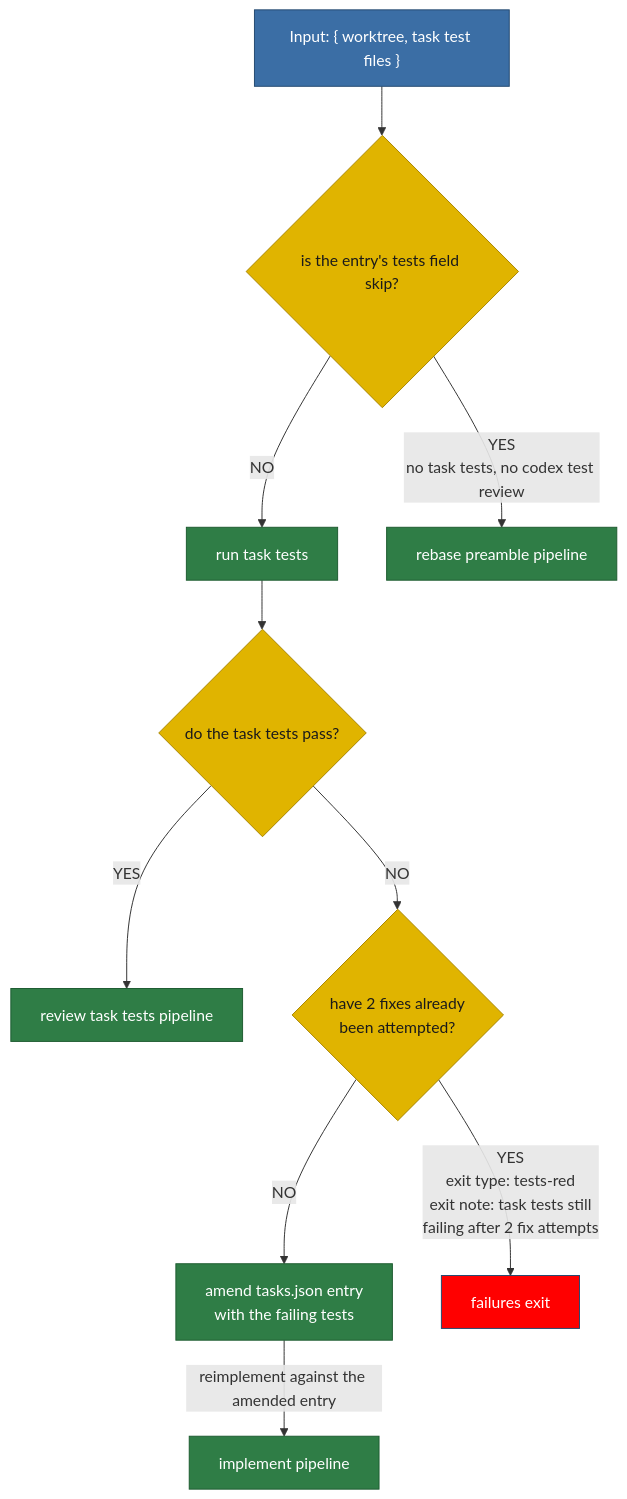
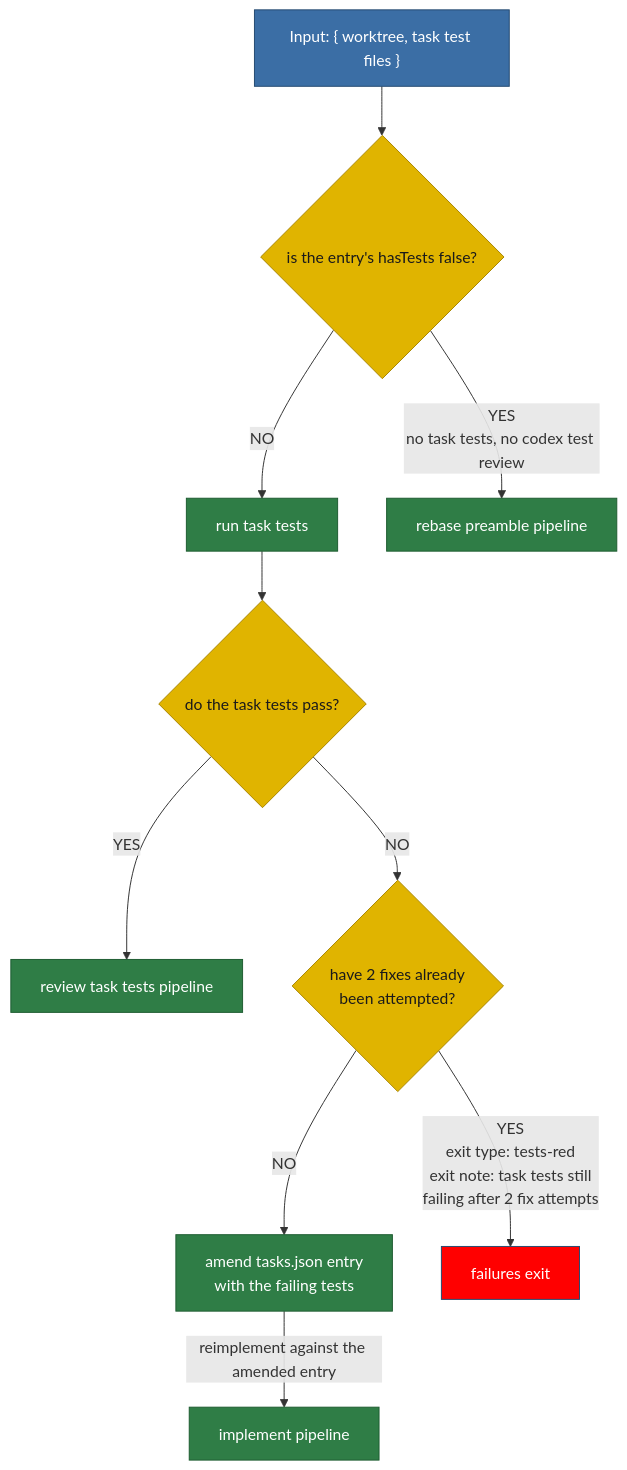
The diagram in plans/diagram/pipeline-taskTests.mmd (matkatmusic/taskTools), drawn with Mermaid before and after one commit. The commit also changed 23 other files, not shown here.

Commit message:
updated how tests are skipped.

```diff
--- a/plans/diagram/pipeline-taskTests.mmd
+++ b/plans/diagram/pipeline-taskTests.mmd
@@ -1,60 +1,60 @@
 flowchart TB
 %% TASK TESTS PIPELINE. Split from pipeline-implementTest.mmd.
 %% ---
 %% Input: committed work from the implement pipeline.
 %% ---
 %% Job: get the task's own tests green.
 %% ---
 %% Rules not shown in the graph:
 %% ---
 %% Every read and write of tasks.json is atomic.
 %% ---
 %% A repair is never tested until committed, so a failure re-enters the implement pipeline, not this one.
 %% ---
 %% Boxes touching the working tree run deepest submodule first, root last. tasks.json-only boxes do not.
 %% ---
 %% amend tasks.json entry also raises the fix counter by one.
 %% ---
 %% A script that fails operationally exits as run-failed.
 %% ---
-%% An entry whose tests field is "skip" runs no task tests and no codex test review: it goes straight to the rebase preamble.
+%% An entry with hasTests false (tests "skip" on a 1.0.0 entry) runs no task tests and no codex test review: it goes straight to the rebase preamble.
 %% ---
 %% Exit types: tests-red, run-failed.
 %% ---
 %% CODE TASK: the runtime disagrees with this graph.
 %% ---
 %% tackle-tasks.workflow.template.js sets MAX_ATTEMPTS = 2.
 %% ---
 %% It runs only 1 fix before tests-red.
 %% ---
 %% Its exit note still says "after 2 codebase fixes".
 
-  COMMITTED_WORK_INPUT["Input: { worktree, task test files }"] --> ARE_TASK_TESTS_SKIPPED{"is the entry's tests field skip?"}
+  COMMITTED_WORK_INPUT["Input: { worktree, task test files }"] --> ARE_TASK_TESTS_SKIPPED{"is the entry's hasTests false?"}
   ARE_TASK_TESTS_SKIPPED -->|NO| RUN_TASK_TESTS
   ARE_TASK_TESTS_SKIPPED -- "YES<br/>no task tests, no codex test review" --> REBASE_PREAMBLE_PIPELINE["rebase preamble pipeline"]
   RUN_TASK_TESTS["run task tests"] --> DO_TASK_TESTS_PASS{"do the task tests pass?"}
   DO_TASK_TESTS_PASS -->|YES| REVIEW_TESTS_PIPELINE["review task tests pipeline"]
   DO_TASK_TESTS_PASS -->|NO| ARE_2_TEST_FIXES_DONE{"have 2 fixes already<br/>been attempted?"}
 
   ARE_2_TEST_FIXES_DONE -->|NO| AMEND_ENTRY_WITH_FAILING_TESTS["amend tasks.json entry<br/>with the failing tests"]
   ARE_2_TEST_FIXES_DONE -- "YES<br/>exit type: tests-red<br/>exit note: task tests still<br/>failing after 2 fix attempts" --> EXIT_WORKFLOW_TASK_TESTS
   AMEND_ENTRY_WITH_FAILING_TESTS -- "reimplement against the amended entry" --> IMPLEMENT_PIPELINE["implement pipeline"]
 
 
   EXIT_WORKFLOW_TASK_TESTS["failures exit"]
 
   %% Green heads for the next pipeline.
   %% ---
   %% Red reimplements, or ends in the exit workflow.
   classDef pipeline fill:#2f7d46,stroke:#1e5c31,color:#ffffff
   classDef script fill:#2f7d46,stroke:#1e5c31,color:#ffffff
   classDef decision fill:#e0b400,stroke:#a88600,color:#1a1a1a
   classDef output fill:#3b6ea5,stroke:#254a70,color:#ffffff
   classDef fail fill:red,stroke:#254a70,color:#ffffff
   classDef pass fill:#2f7d46,stroke:#1e5c31,color:#ffffff
   classDef nopass fill:#a52a1e,stroke:#6d1a12,color:#ffffff
   class ARE_TASK_TESTS_SKIPPED,DO_TASK_TESTS_PASS,ARE_2_TEST_FIXES_DONE decision
   class AMEND_ENTRY_WITH_FAILING_TESTS,RUN_TASK_TESTS script
   class IMPLEMENT_PIPELINE,REVIEW_TESTS_PIPELINE,REBASE_PREAMBLE_PIPELINE pipeline
   class EXIT_WORKFLOW_TASK_TESTS fail
   class COMMITTED_WORK_INPUT output
```
